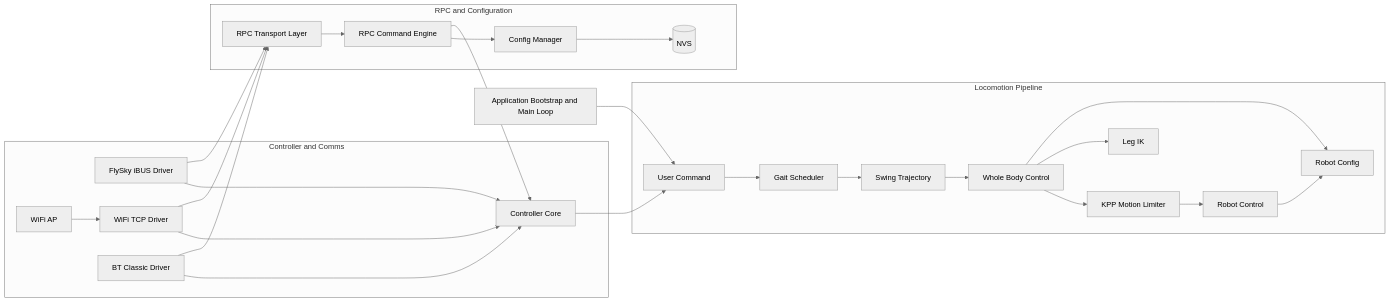
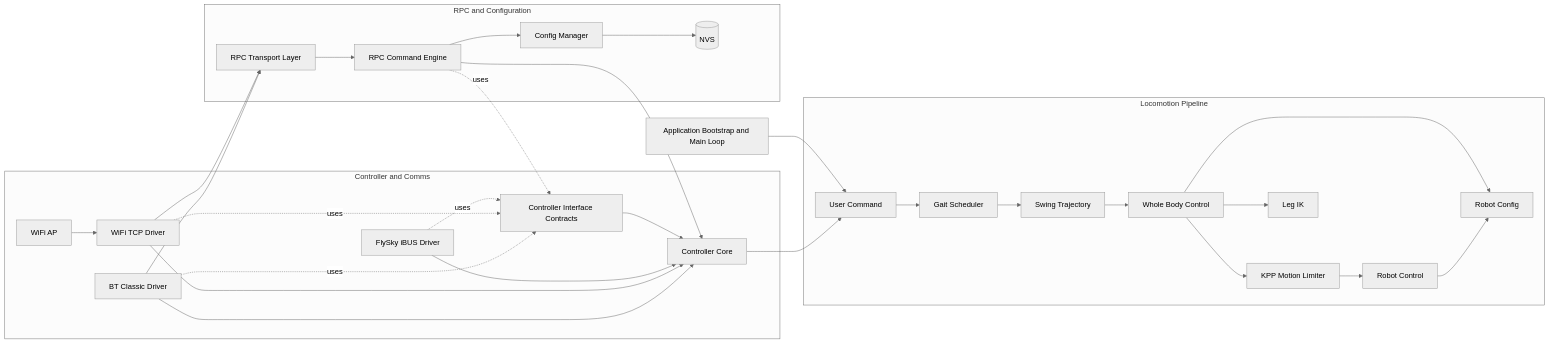
The first of 4 diagrams in COMPONENT_ARCHITECTURE_BASELINE.md (quick-brown-bot/hexapod), drawn with Mermaid (neutral theme) before and after one commit. The commit also changed other lines of this file and 17 other files, not shown here.

````diff
--- a/COMPONENT_ARCHITECTURE_BASELINE.md
+++ b/COMPONENT_ARCHITECTURE_BASELINE.md
@@ -146,48 +157,53 @@
 ```mermaid
 flowchart LR
 		App[Application Bootstrap and Main Loop]
 
 		subgraph Locomotion[Locomotion Pipeline]
 			UC[User Command]
 			GS[Gait Scheduler]
 			ST[Swing Trajectory]
 			WBC[Whole Body Control]
 			KPP[KPP Motion Limiter]
 			RC[Robot Control]
 			IK[Leg IK]
 			CFG[Robot Config]
 		end
 
 		subgraph IO[Controller and Comms]
+			CIface[Controller Interface Contracts]
 			CCore[Controller Core]
 			CFly[FlySky iBUS Driver]
 			CWifi[WiFi TCP Driver]
 			CBt[BT Classic Driver]
 			AP[WiFi AP]
 		end
 
 		subgraph RPC[RPC and Configuration]
 			RCmd[RPC Command Engine]
 			RT[RPC Transport Layer]
 			CM[Config Manager]
 			NVS[(NVS)]
 		end
 
 		App --> UC --> GS --> ST --> WBC --> KPP --> RC
 		WBC --> IK
 		WBC --> CFG
 		RC --> CFG
 
 		CCore --> UC
+		CIface --> CCore
 		CFly --> CCore
+		CFly -.uses.-> CIface
 		CWifi --> CCore
+		CWifi -.uses.-> CIface
 		CBt --> CCore
+		CBt -.uses.-> CIface
 		AP --> CWifi
 
 		CWifi --> RT
 		CBt --> RT
-		CFly --> RT
+		RCmd -.uses.-> CIface
 		RT --> RCmd
 		RCmd --> CM --> NVS
 		RCmd --> CCore
 ```
````
